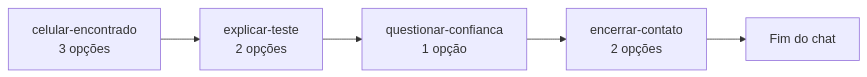
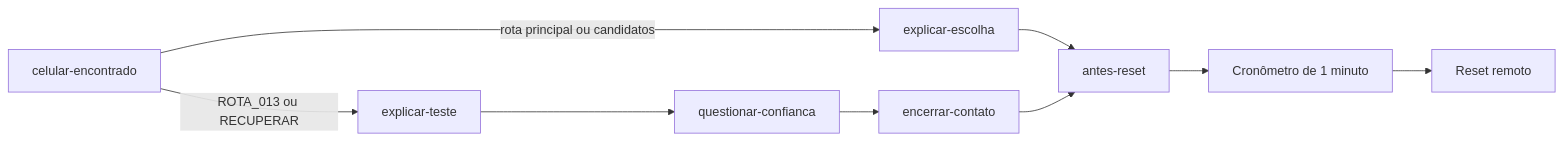
One commit to DanielFernandes-dev/sanmd changed the second of 3 diagrams in ESTRUTURA_GAMING.md. Above: the diagram before and after it, drawn with Mermaid. The commit also changed other lines of this file and 10 other files, not shown here.

````diff
--- a/ESTRUTURA_GAMING.md
+++ b/ESTRUTURA_GAMING.md
@@ -181,13 +187,20 @@
 ```mermaid
 flowchart LR
-    A[celular-encontrado<br/>3 opções]
-    B[explicar-teste<br/>2 opções]
-    C[questionar-confianca<br/>1 opção]
-    D[encerrar-contato<br/>2 opções]
-    E[Fim do chat]
+    A[celular-encontrado]
+    B[explicar-escolha]
+    C[explicar-teste]
+    D[questionar-confianca]
+    E[encerrar-contato]
+    F[antes-reset]
+    G[Cronômetro de 1 minuto]
+    H[Reset remoto]
 
-    A --> B
-    B --> C
+    A -->|rota principal ou candidatos| B
+    A -->|ROTA_013 ou RECUPERAR| C
+    B --> F
     C --> D
     D --> E
+    E --> F
+    F --> G
+    G --> H
 ```
````
